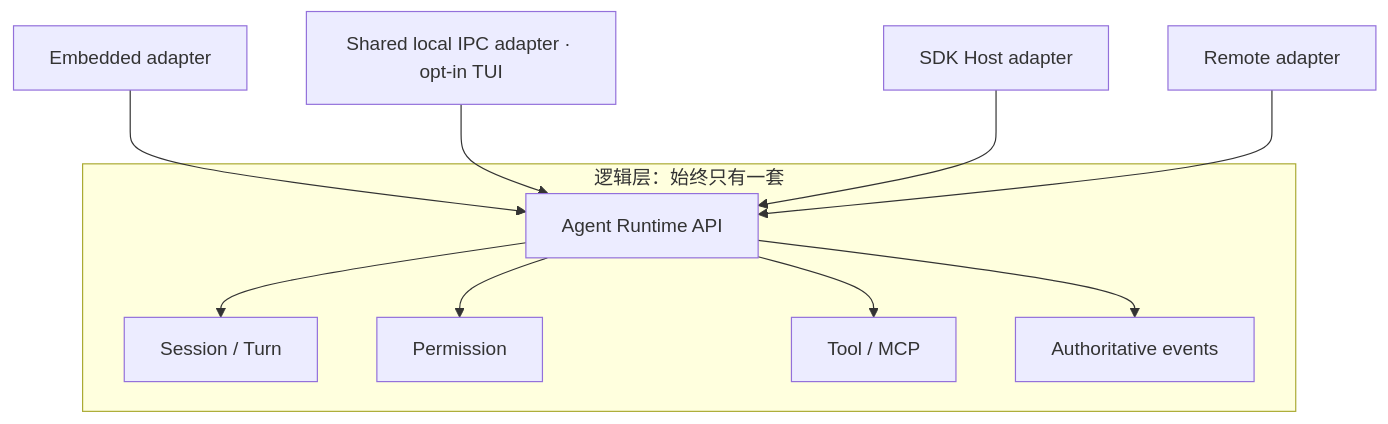
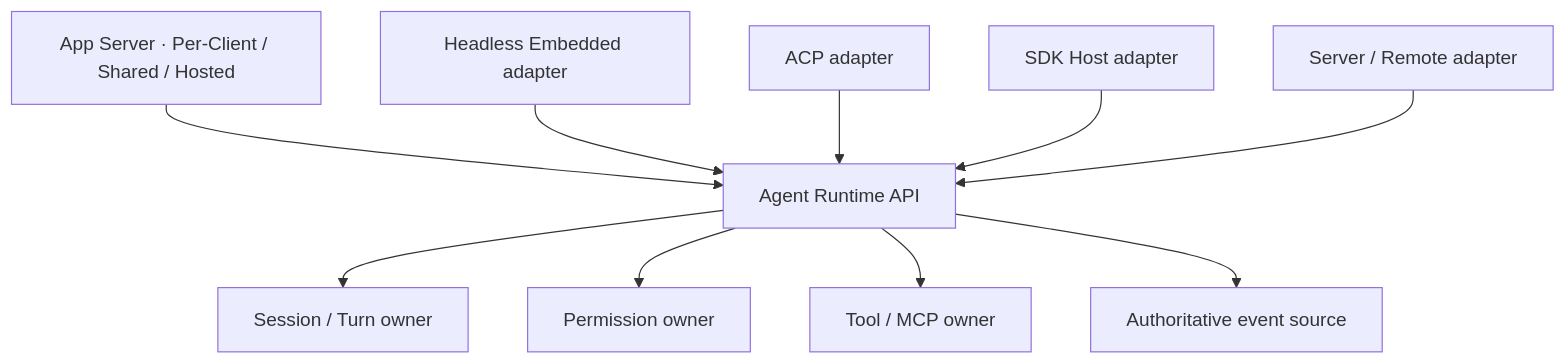
Before and after one commit to GCWing/BitFun: the second of 6 diagrams in docs/architecture/agent-runtime-deployment-design.md, drawn with Mermaid. The commit also changed other lines of this file and 13 other files, not shown here.

Commit message:
feat(doct): add app server design

````diff
--- a/docs/architecture/agent-runtime-deployment-design.md
+++ b/docs/architecture/agent-runtime-deployment-design.md
@@ -64,14 +81,13 @@
 ```mermaid
 flowchart TB
-  subgraph "逻辑层：始终只有一套"
-    API["Agent Runtime API"] --> Session["Session / Turn"]
-    API --> Permission["Permission"]
-    API --> Tool["Tool / MCP"]
-    API --> Events["Authoritative events"]
-  end
+  App["App Server · Per-Client / Shared / Hosted"] --> API["Agent Runtime API"]
+  Embedded["Headless Embedded adapter"] --> API
+  ACP["ACP adapter"] --> API
+  SDK["SDK Host adapter"] --> API
+  Remote["Server / Remote adapter"] --> API
 
-  Embedded["Embedded adapter"] --> API
-  Shared["Shared local IPC adapter · opt-in TUI"] --> API
-  SDK["SDK Host adapter"] --> API
-  Remote["Remote adapter"] --> API
+  API --> Session["Session / Turn owner"]
+  API --> Permission["Permission owner"]
+  API --> Tool["Tool / MCP owner"]
+  API --> Events["Authoritative event source"]
 ```
````
